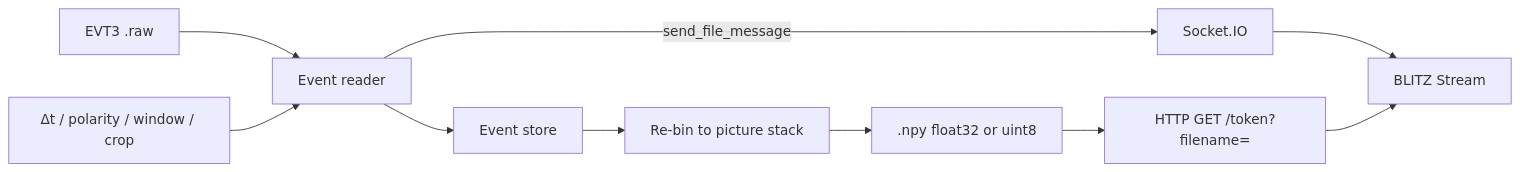
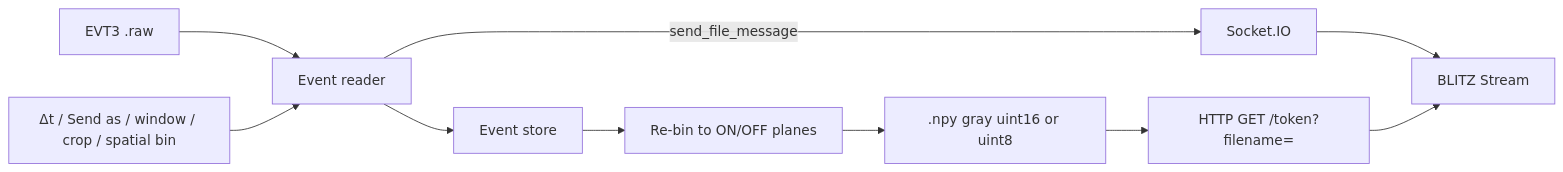
The third of 3 diagrams in README.md (PiMaV/event-reader), drawn with Mermaid before and after one commit. The commit also changed other lines of this file and 14 other files, not shown here.

First line of the commit message:
Ship Event reader 1.0.0: one Send-as contract and the unreleased EVT3-to-BLITZ loop.

````diff
--- a/README.md
+++ b/README.md
@@ -28,12 +64,12 @@
 ```mermaid
 flowchart LR
   raw["EVT3 .raw"] --> reader["Event reader"]
   reader --> events["Event store"]
-  ui["Δt / polarity / window / crop"] --> reader
-  events --> bin["Re-bin to picture stack"]
-  bin --> npy[".npy float32 or uint8"]
+  ui["Δt / Send as / window / crop / spatial bin"] --> reader
+  events --> bin["Re-bin to ON/OFF planes"]
+  bin --> npy[".npy gray uint16 or uint8"]
   reader -->|"send_file_message"| sio["Socket.IO"]
   npy --> http["HTTP GET /token?filename="]
   sio --> blitz["BLITZ Stream"]
   http --> blitz
 ```
````
